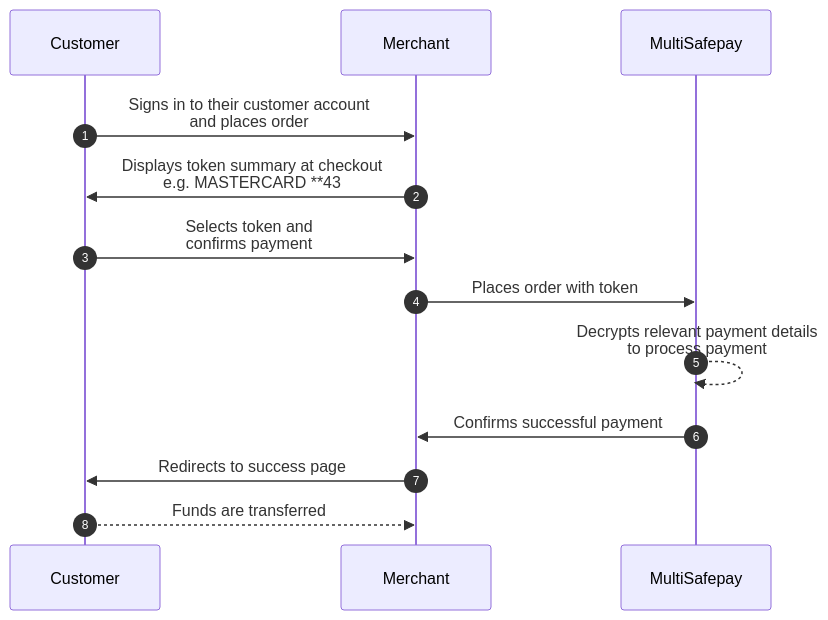
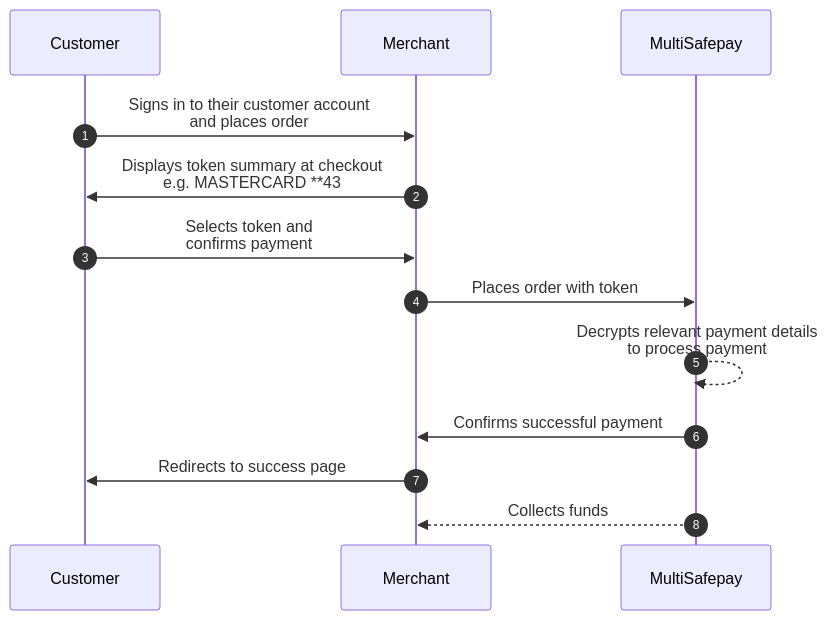
The second of 3 diagrams in content/payments/features/recurring-payments/_index.md (MultiSafepay/docs), drawn with Mermaid before and after one commit. The commit also changed other lines of this file, not shown here.

```diff
--- a/content/payments/features/recurring-payments/_index.md
+++ b/content/payments/features/recurring-payments/_index.md
@@ -58,18 +90,18 @@
 {{< mermaid class="text-center" >}}
 
 sequenceDiagram
     autonumber
     participant C as Customer
     participant Me as Merchant
     participant Mu as MultiSafepay
 
     C->>Me: Signs in to their customer account <br> and places order
     Me->>C: Displays token summary at checkout <br> e.g. MASTERCARD **43
     C->>Me: Selects token and <br> confirms payment
     Me->>Mu: Places order with token
     Mu-->>Mu: Decrypts relevant payment details <br> to process payment
     Mu->>Me: Confirms successful payment
     Me->>C: Redirects to success page
-    C-->>Me: Funds are transferred
+    Mu-->>Me: Collects funds 
 
 {{< /mermaid >}}
```
